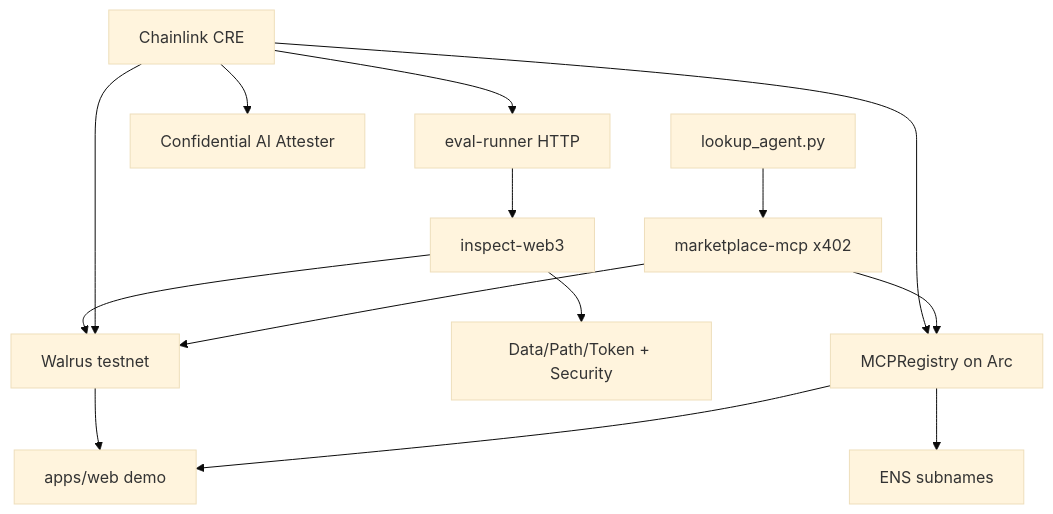
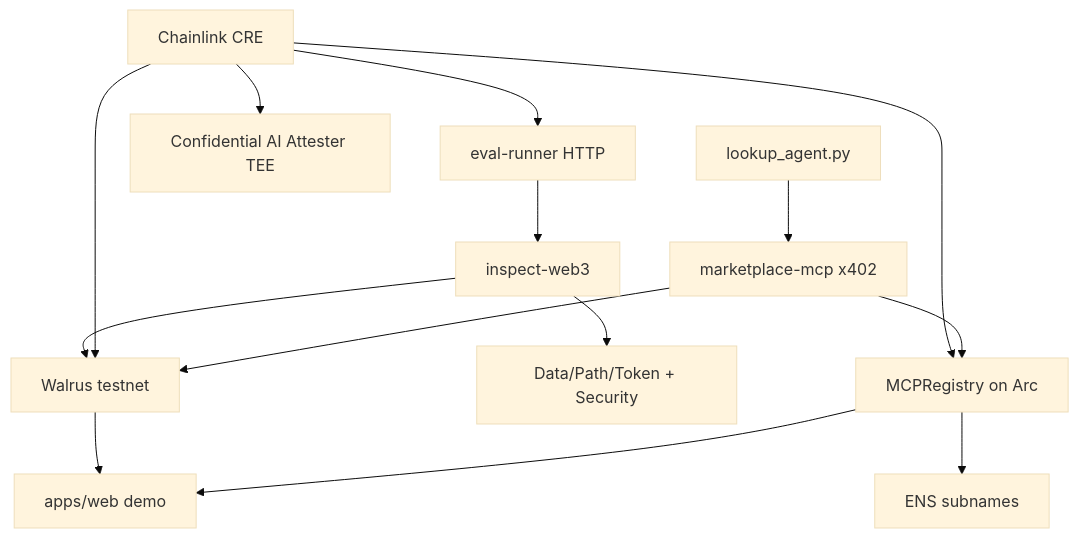
The diagram in docs/architecture.md (vhspace/goldenmcp), drawn with Mermaid (base theme) before and after one commit. The commit also changed other lines of this file and 14 other files, not shown here.

````diff
--- a/docs/architecture.md
+++ b/docs/architecture.md
@@ -3,16 +3,16 @@
 ```mermaid
 flowchart TB
     Inspect[inspect-web3] --> Walrus[Walrus testnet]
     Inspect --> Scorers[Data/Path/Token + Security]
     CRE[Chainlink CRE] --> EvalRunner[eval-runner HTTP]
     EvalRunner --> Inspect
     CRE --> Walrus
-    CRE --> CAI[Confidential AI Attester]
+    CRE --> CAI[Confidential AI Attester TEE]
     CRE --> Registry[MCPRegistry on Arc]
     Registry --> ENS[ENS subnames]
     Walrus --> Web[apps/web demo]
     Registry --> Web
     Marketplace[marketplace-mcp x402] --> Registry
     Marketplace --> Walrus
     Agent[lookup_agent.py] --> Marketplace
 ```
````
